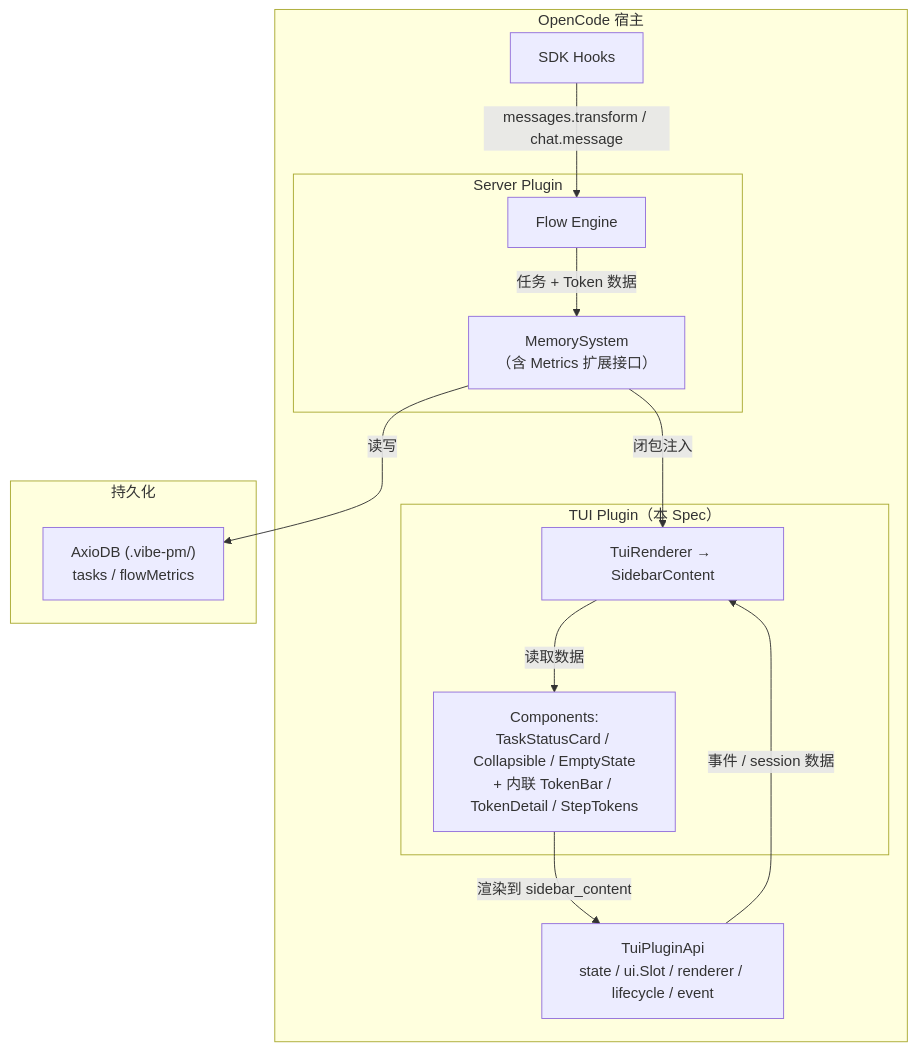
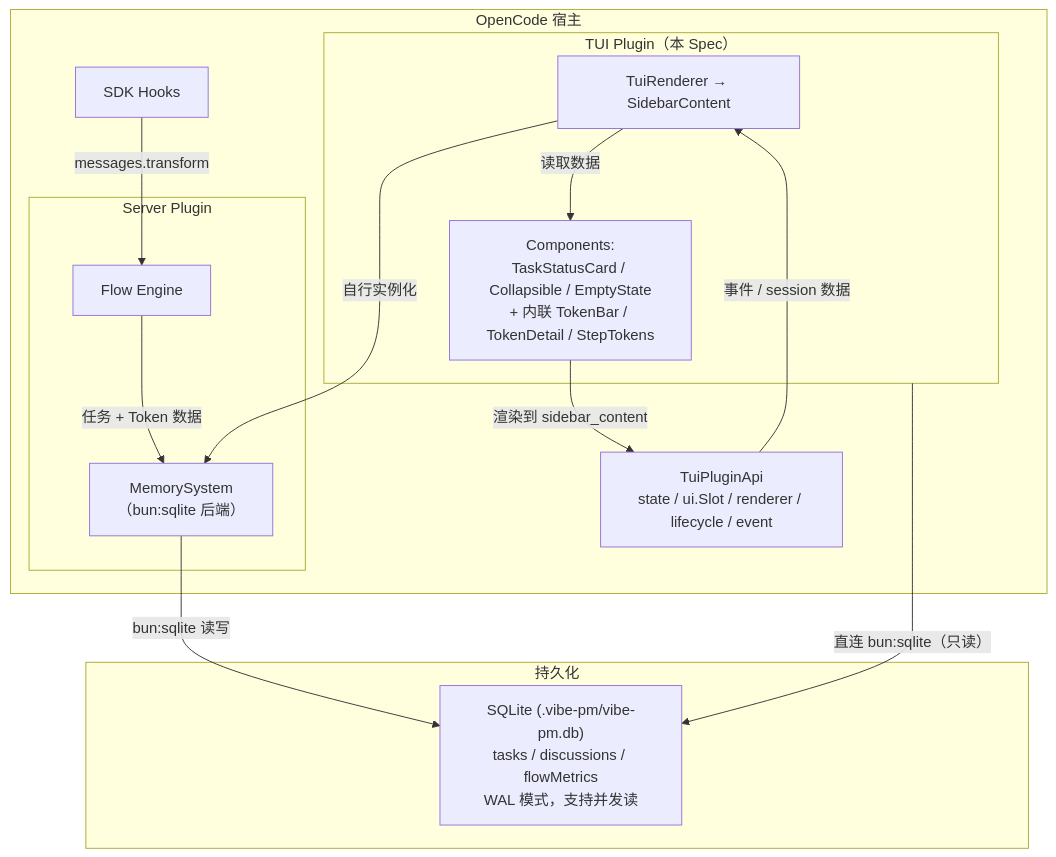
One commit to hank-cp/opencode-vibe-pm changed the first of 2 diagrams in docs/spec/vibe-pm-tui-extension.md. Above: the diagram before and after it, drawn with Mermaid. The commit also changed other lines of this file and 1 other file, not shown here.

First line of the commit message:
docs(spec): update TUI and MemorySystem specs for bun:sqlite direct access

````diff
--- a/docs/spec/vibe-pm-tui-extension.md
+++ b/docs/spec/vibe-pm-tui-extension.md
@@ -105,30 +105,31 @@
 ```mermaid
 graph TB
     subgraph OpenCode["OpenCode 宿主"]
         subgraph ServerPlugin["Server Plugin"]
             FE["Flow Engine"]
-            MS["MemorySystem<br/>（含 Metrics 扩展接口）"]
+            MS["MemorySystem<br/>（bun:sqlite 后端）"]
         end
 
         subgraph TuiPlugin["TUI Plugin（本 Spec）"]
             TR["TuiRenderer → SidebarContent"]
             comps["Components:<br/>TaskStatusCard / Collapsible / EmptyState<br/>+ 内联 TokenBar / TokenDetail / StepTokens"]
         end
 
         Hooks["SDK Hooks"]
         TuiAPI["TuiPluginApi<br/>state / ui.Slot / renderer / lifecycle / event"]
     end
 
     subgraph Storage["持久化"]
-        AxioDB["AxioDB (.vibe-pm/)<br/>tasks / flowMetrics"]
+        SQLite["SQLite (.vibe-pm/vibe-pm.db)<br/>tasks / discussions / flowMetrics<br/>WAL 模式，支持并发读"]
     end
 
-    Hooks -->|"messages.transform / chat.message"| FE
+    Hooks -->|"messages.transform"| FE
     FE -->|"任务 + Token 数据"| MS
-    MS -->|"读写"| AxioDB
+    MS -->|"bun:sqlite 读写"| SQLite
 
     TuiAPI -->|"事件 / session 数据"| TR
-    MS -->|"闭包注入"| TR
+    TR -->|"自行实例化"| MS
     TR -->|"读取数据"| comps
     comps -->|"渲染到 sidebar_content"| TuiAPI
+    TuiPlugin -->|"直连 bun:sqlite（只读）"| SQLite
 ```
````
